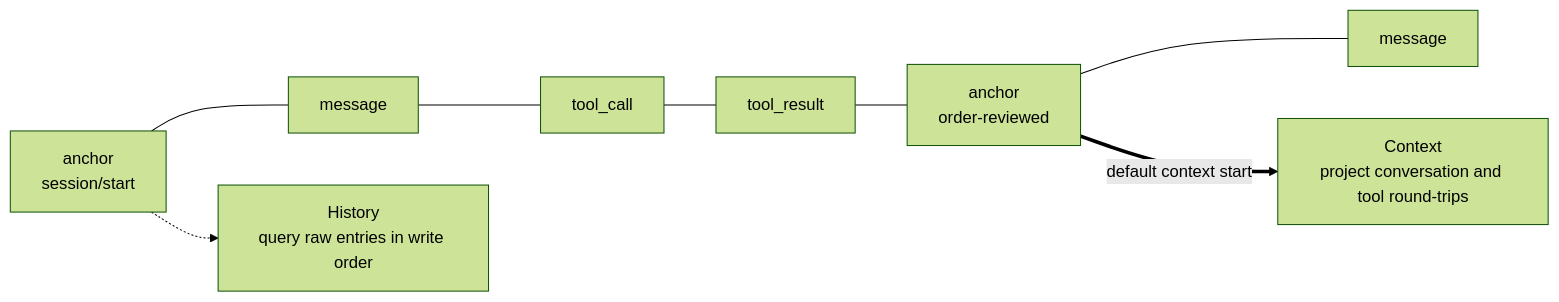
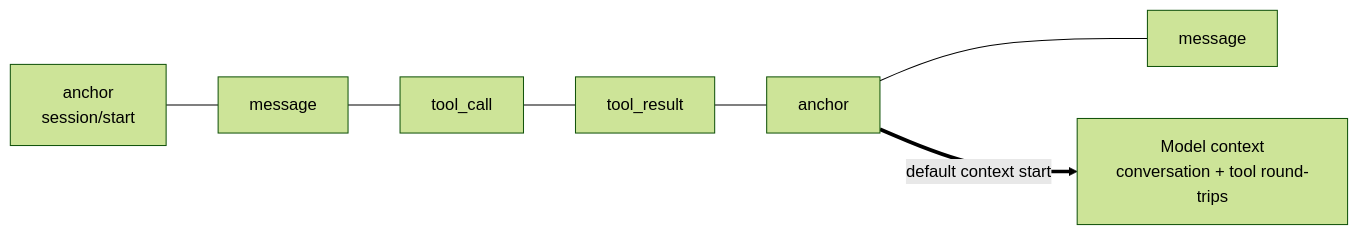
One commit to bubbuild/bub changed the diagram in website/src/content/docs/docs/concepts/tape.mdx. Above: the diagram before and after it, drawn with Mermaid (forest theme). The commit also changed other lines of this file and 44 other files, not shown here.

````diff
--- a/website/src/content/docs/docs/concepts/tape.mdx
+++ b/website/src/content/docs/docs/concepts/tape.mdx
@@ -16,6 +15,5 @@
 ```mermaid
 flowchart LR
-  E1["anchor<br/>session/start"] --- E2["message"] --- E3["tool_call"] --- E4["tool_result"] --- E5["anchor<br/>order-reviewed"] --- E6["message"]
-  E1 -.-> A["History<br/>query raw entries in write order"]
-  E5 ==>|"default context start"| B["Context<br/>project conversation and tool round-trips"]
+  E1["anchor<br/>session/start"] --- E2["message"] --- E3["tool_call"] --- E4["tool_result"] --- E5["anchor"] --- E6["message"]
+  E5 ==>|"default context start"| B["Model context<br/>conversation + tool round-trips"]
 ```
````
